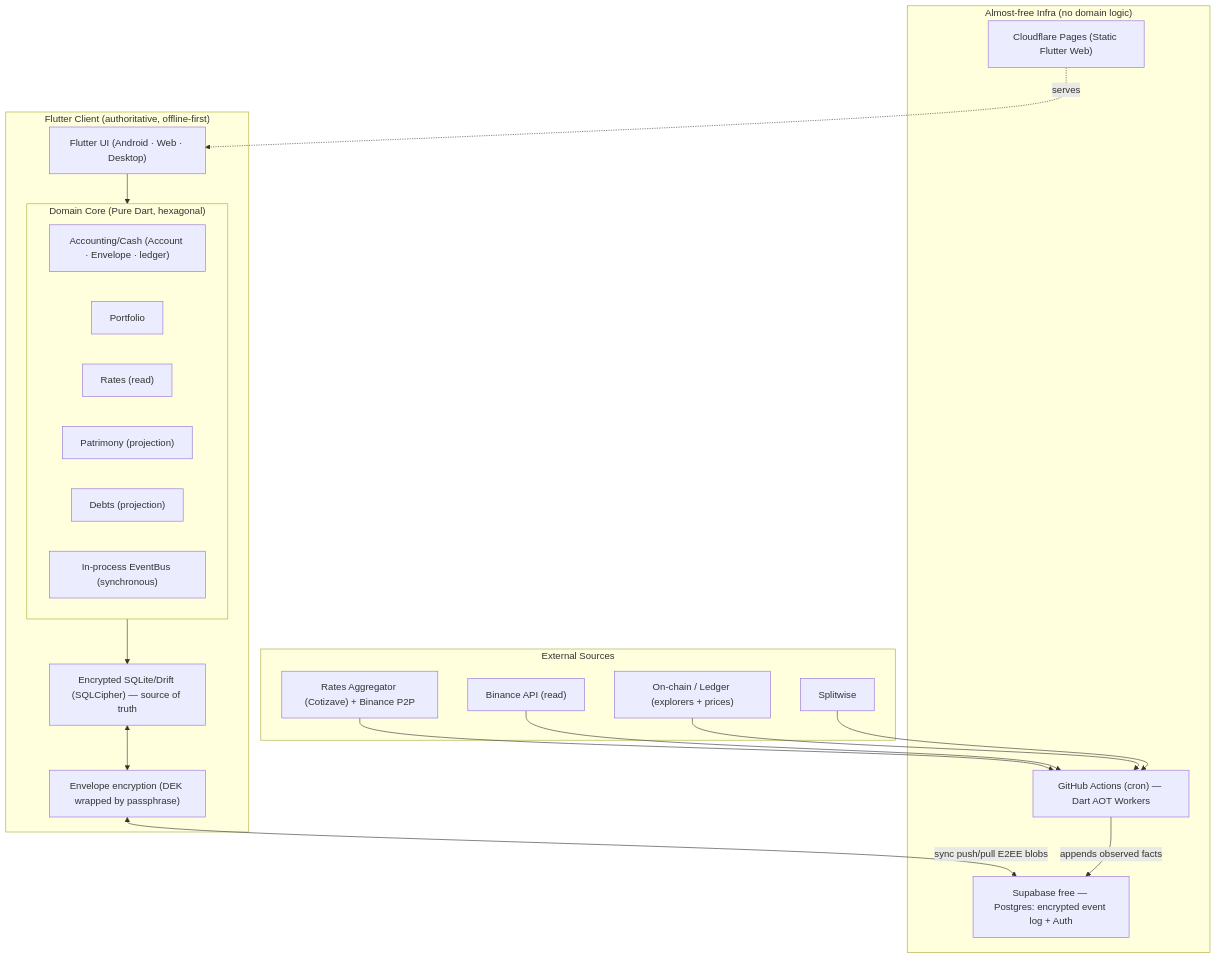
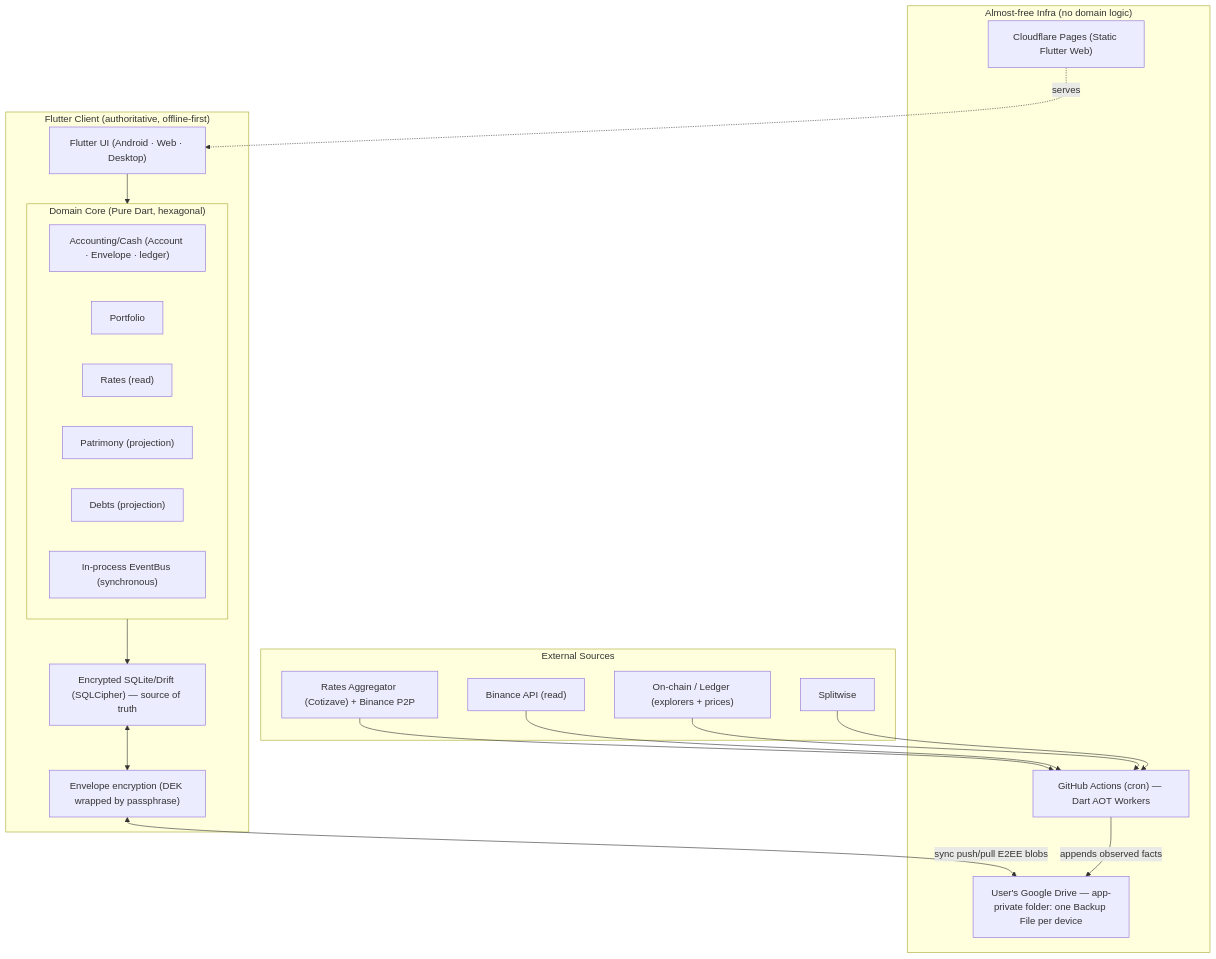
One commit to JorgeCroquer/cuentaria changed the diagram in docs/ARCHITECTURE.md. Above: the diagram before and after it, drawn with Mermaid. The commit also changed other lines of this file and 5 other files, not shown here.

````diff
--- a/docs/ARCHITECTURE.md
+++ b/docs/ARCHITECTURE.md
@@ -13,40 +13,40 @@
 ```mermaid
 flowchart TD
     subgraph Client["Flutter Client (authoritative, offline-first)"]
         UI["Flutter UI (Android · Web · Desktop)"]
         subgraph Core["Domain Core (Pure Dart, hexagonal)"]
             CTB["Accounting/Cash (Account · Envelope · ledger)"]
             POR["Portfolio"]
             TAS["Rates (read)"]
             PAT["Patrimony (projection)"]
             DEU["Debts (projection)"]
             BUS["In-process EventBus (synchronous)"]
         end
         LOCAL["Encrypted SQLite/Drift (SQLCipher) — source of truth"]
         ENC["Envelope encryption (DEK wrapped by passphrase)"]
     end
 
     subgraph Cloud["Almost-free Infra (no domain logic)"]
-        SUPA["Supabase free — Postgres: encrypted event log + Auth"]
+        SUPA["User's Google Drive — app-private folder: one Backup File per device"]
         GHA["GitHub Actions (cron) — Dart AOT Workers"]
         CFP["Cloudflare Pages (Static Flutter Web)"]
     end
 
     subgraph Ext["External Sources"]
         AGG["Rates Aggregator (Cotizave) + Binance P2P"]
         BIN["Binance API (read)"]
         CHAIN["On-chain / Ledger (explorers + prices)"]
         SPLIT["Splitwise"]
     end
 
     UI --> Core
     Core --> LOCAL
     LOCAL <--> ENC
     ENC <-->|sync push/pull E2EE blobs| SUPA
     GHA -->|appends observed facts| SUPA
     AGG --> GHA
     BIN --> GHA
     CHAIN --> GHA
     SPLIT --> GHA
     CFP -.serves.-> UI
 ```
````
